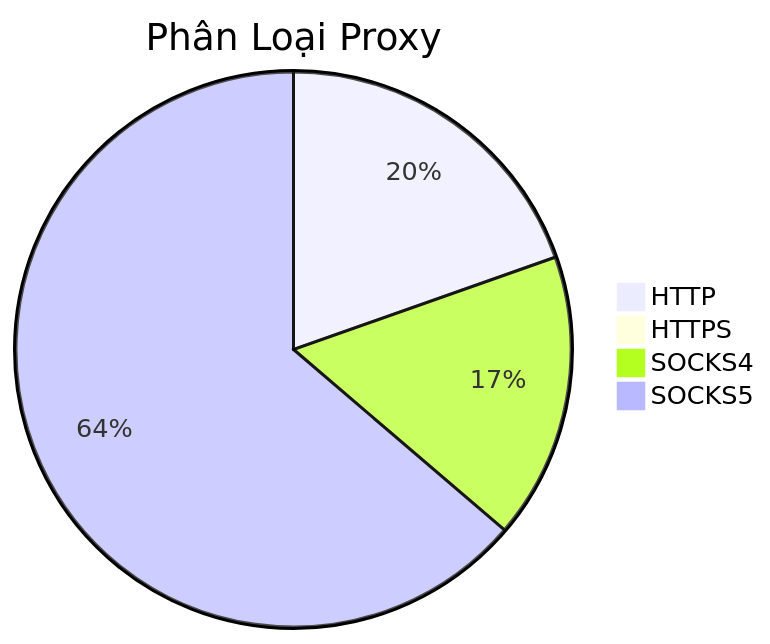
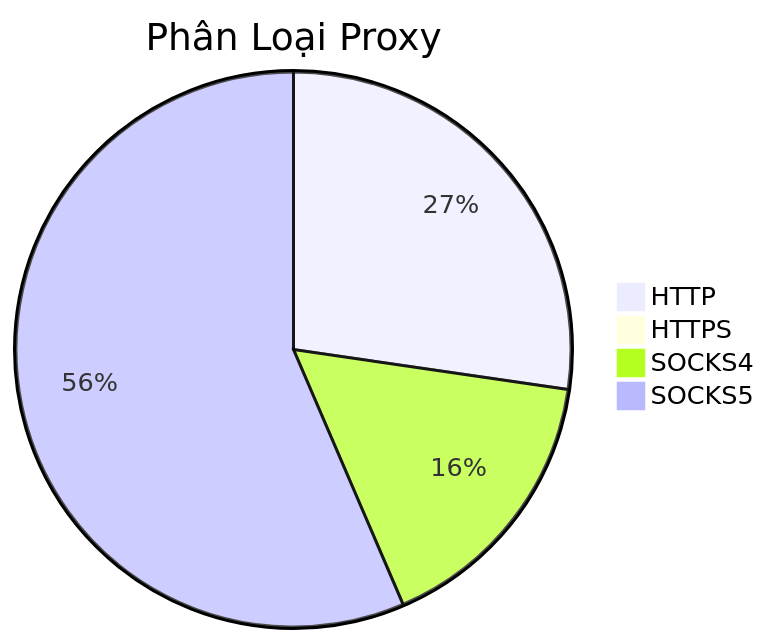
Before and after one commit to Ciara-12/PROXY-free: the diagram in README.md, drawn with Mermaid. The commit also changed other lines of this file and 4 other files, not shown here.

````diff
--- a/README.md
+++ b/README.md
@@ -26,7 +26,7 @@
 ```mermaid
 pie title Phân Loại Proxy
-    "HTTP" : 426
-    "HTTPS" : 0
-    "SOCKS4" : 362
-    "SOCKS5" : 1385
+    "HTTP" : 543
+    "HTTPS" : 1
+    "SOCKS4" : 323
+    "SOCKS5" : 1123
 ```
````
